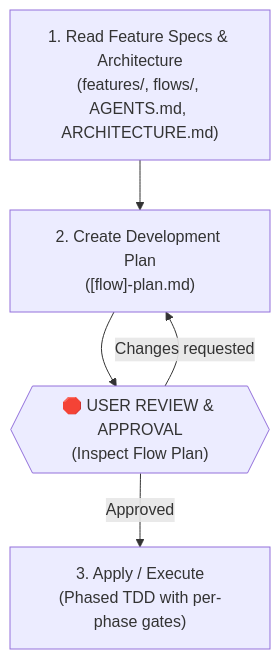
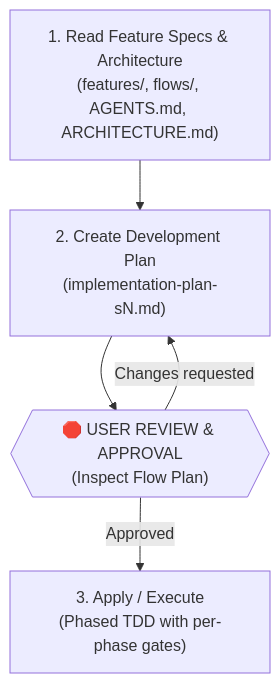
The first of 2 diagrams in skills/implementation/implement-flow/SKILL.md (faparicior/sdlc-skills), drawn with Mermaid before and after one commit. The commit also changed other lines of this file and 17 other files, not shown here.

````diff
--- a/skills/implementation/implement-flow/SKILL.md
+++ b/skills/implementation/implement-flow/SKILL.md
@@ -33,7 +33,7 @@
 ```mermaid
 flowchart TD
-    A["1. Read Feature Specs & Architecture<br/>(features/, flows/, AGENTS.md, ARCHITECTURE.md)"] --> B["2. Create Development Plan<br/>([flow]-plan.md)"]
+    A["1. Read Feature Specs & Architecture<br/>(features/, flows/, AGENTS.md, ARCHITECTURE.md)"] --> B["2. Create Development Plan<br/>(implementation-plan-sN.md)"]
     B --> R1{{"🛑 USER REVIEW & APPROVAL<br/>(Inspect Flow Plan)"}}
     R1 -->|Approved| C["3. Apply / Execute<br/>(Phased TDD with per-phase gates)"]
     R1 -->|Changes requested| B
 ```
````
